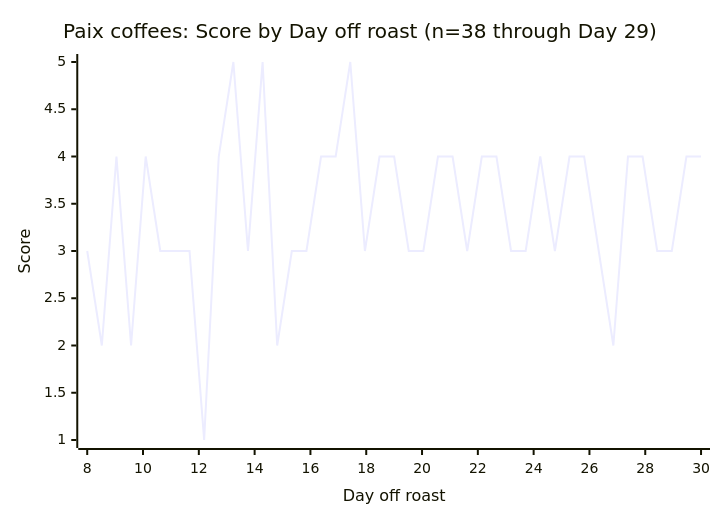
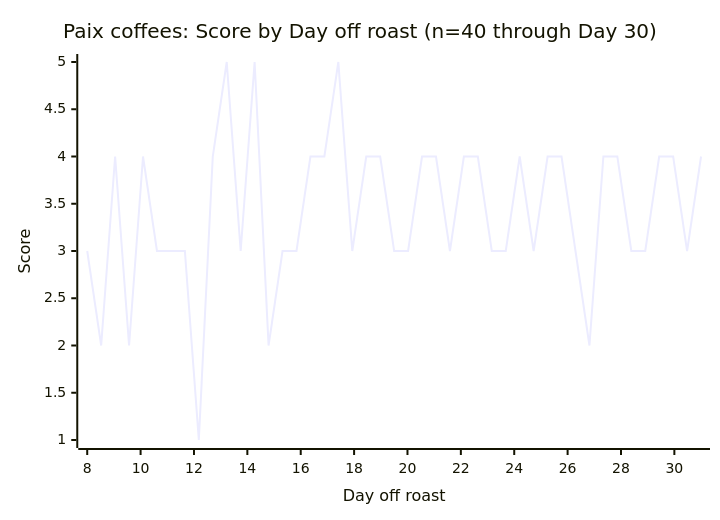
The fifth of 7 diagrams in joshua-martin/profile.md (manuscriptmastr/coffee-journal), drawn with Mermaid before and after one commit. The commit also changed other lines of this file, not shown here.

First line of the commit message:
Revert incorrect re-baseline; log Paix D30 Blossom + D26 FS anchors

````diff
--- a/joshua-martin/profile.md
+++ b/joshua-martin/profile.md
@@ -397,7 +399,7 @@
 ```mermaid
 xychart-beta
-    title "Paix coffees: Score by Day off roast (n=38 through Day 29)"
-    x-axis "Day off roast" 8 --> 30
+    title "Paix coffees: Score by Day off roast (n=40 through Day 30)"
+    x-axis "Day off roast" 8 --> 31
     y-axis "Score" 1 --> 5
-    line [3, 2, 4, 2, 4, 3, 3, 3, 1, 4, 5, 3, 5, 2, 3, 3, 4, 4, 5, 3, 4, 4, 3, 3, 4, 4, 3, 4, 4, 3, 3, 4, 3, 4, 4, 3, 2, 4, 4, 3, 3, 4, 4]
+    line [3, 2, 4, 2, 4, 3, 3, 3, 1, 4, 5, 3, 5, 2, 3, 3, 4, 4, 5, 3, 4, 4, 3, 3, 4, 4, 3, 4, 4, 3, 3, 4, 3, 4, 4, 3, 2, 4, 4, 3, 3, 4, 4, 3, 4]
 ```
````
